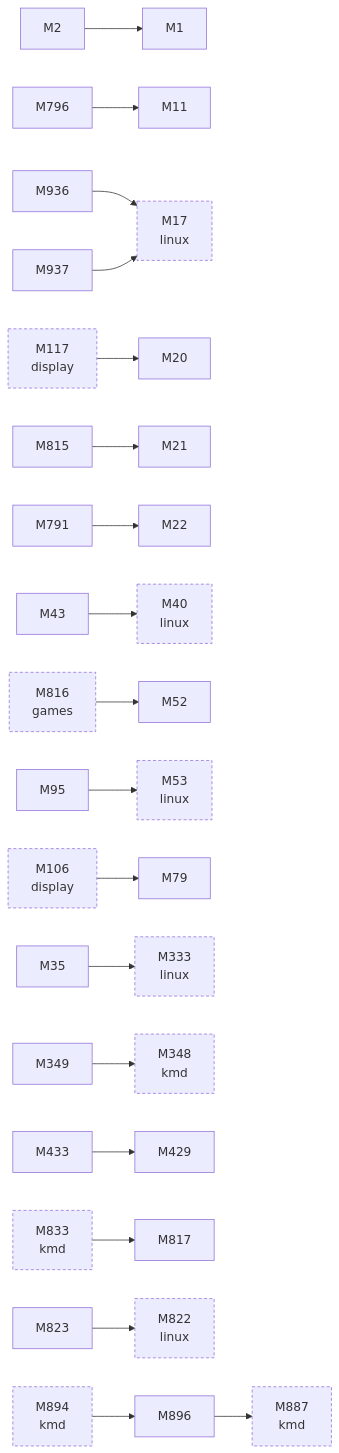
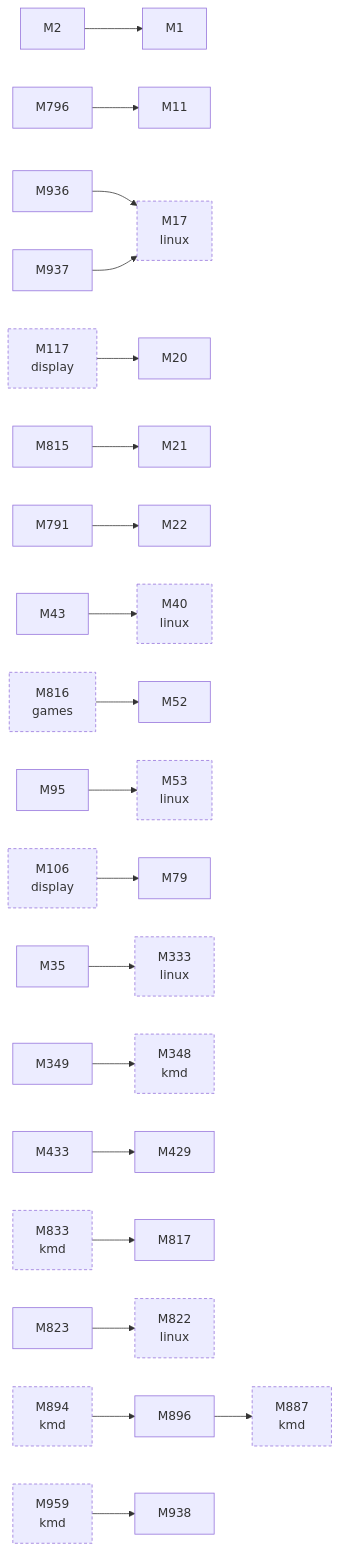
One commit to D-Ogi/amdgpu-wddm changed the third of 3 diagrams in docs/facts/graphs/hardware.md. Above: the diagram before and after it, drawn with Mermaid. The commit also changed 16 other files, not shown here.

````diff
--- a/docs/facts/graphs/hardware.md
+++ b/docs/facts/graphs/hardware.md
@@ -215,57 +215,60 @@
 ```mermaid
 flowchart LR
   M1["M1"]
   M2["M2"]
   M11["M11"]
   M17["M17<br/>linux"]
   M20["M20"]
   M21["M21"]
   M22["M22"]
   M35["M35"]
   M40["M40<br/>linux"]
   M43["M43"]
   M52["M52"]
   M53["M53<br/>linux"]
   M79["M79"]
   M95["M95"]
   M106["M106<br/>display"]
   M117["M117<br/>display"]
   M333["M333<br/>linux"]
   M348["M348<br/>kmd"]
   M349["M349"]
   M429["M429"]
   M433["M433"]
   M791["M791"]
   M796["M796"]
   M815["M815"]
   M816["M816<br/>games"]
   M817["M817"]
   M822["M822<br/>linux"]
   M823["M823"]
   M833["M833<br/>kmd"]
   M887["M887<br/>kmd"]
   M894["M894<br/>kmd"]
   M896["M896"]
   M936["M936"]
   M937["M937"]
+  M938["M938"]
+  M959["M959<br/>kmd"]
   M2 --> M1
   M35 --> M333
   M43 --> M40
   M95 --> M53
   M349 --> M348
   M433 --> M429
   M791 --> M22
   M796 --> M11
   M815 --> M21
   M823 --> M822
   M896 --> M887
   M936 --> M17
   M937 --> M17
   M833 --> M817
   M894 --> M896
+  M959 --> M938
   M106 --> M79
   M117 --> M20
   M816 --> M52
   classDef other stroke-dasharray:4 3
-  class M17,M40,M53,M106,M117,M333,M348,M816,M822,M833,M887,M894 other
+  class M17,M40,M53,M106,M117,M333,M348,M816,M822,M833,M887,M894,M959 other
 ```
````
